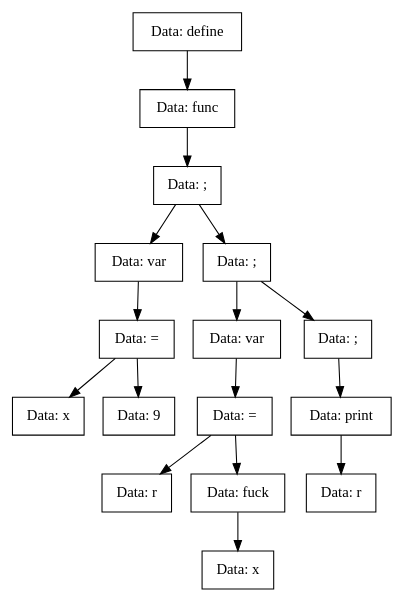
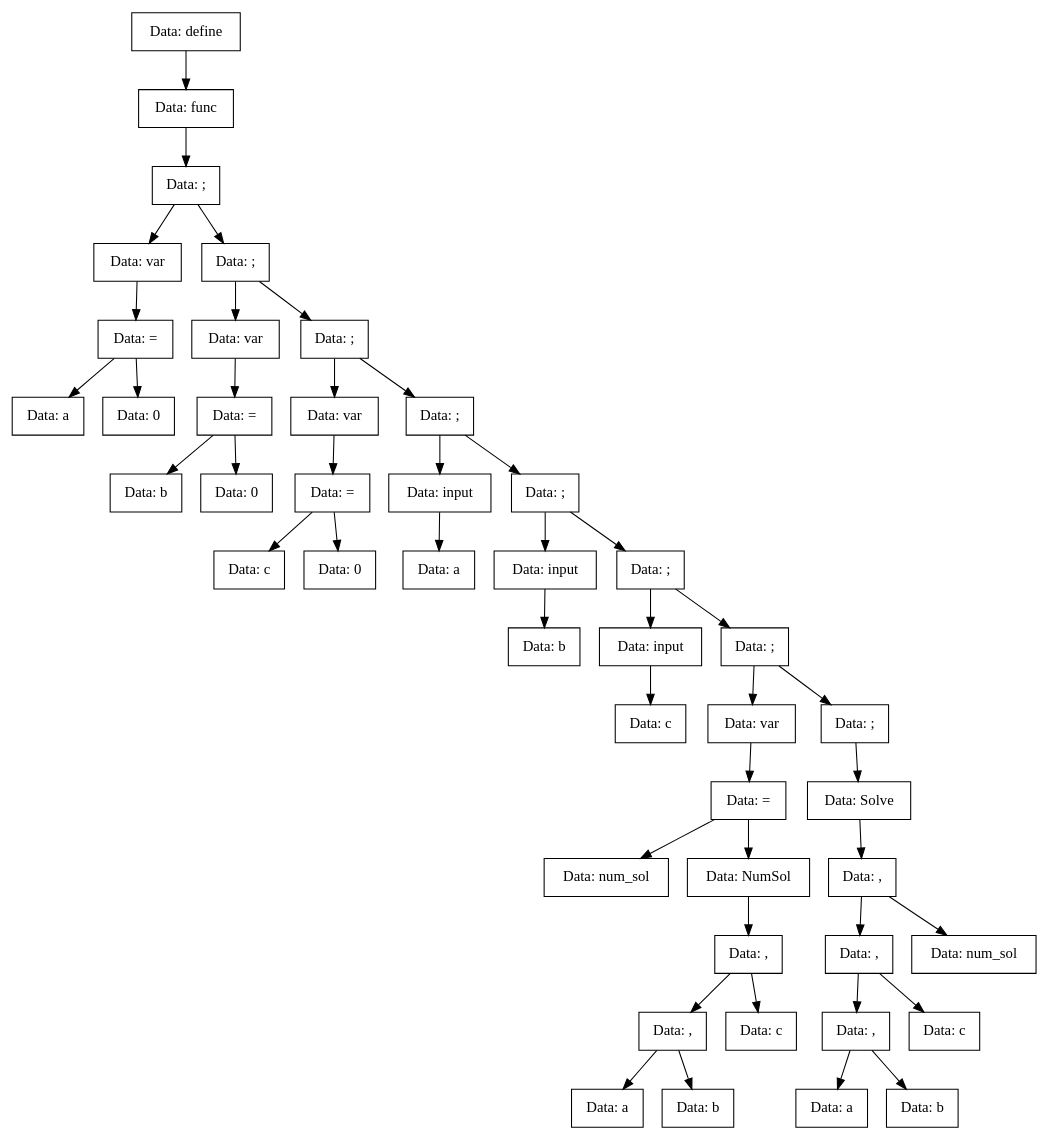
The diagram in TreeDump/func.dot (vorontsov-amd/Compiller), drawn with Graphviz before and after one commit. The commit also changed 45 other files, not shown here.

```diff
--- a/TreeDump/func.dot
+++ b/TreeDump/func.dot
@@ -1,33 +1,91 @@
 digraph func{
-Node0x4dca090[shape="record", label="Data: define"];
-Node0x4dca150[shape="record", label="Data: func"];
-Node0x4dca210[shape="record", label="Data: ;"];
-Node0x4dca2d0[shape="record", label="Data: var"];
-Node0x4dca390[shape="record", label="Data: ="];
-Node0x4dca450[shape="record", label="Data: x"];
-Node0x4dca390->Node0x4dca450;
-Node0x4dca510[shape="record", label="Data: 9"];
-Node0x4dca390->Node0x4dca510;
-Node0x4dca2d0->Node0x4dca390;
-Node0x4dca210->Node0x4dca2d0;
-Node0x4dca5d0[shape="record", label="Data: ;"];
-Node0x4dca690[shape="record", label="Data: var"];
-Node0x4dca750[shape="record", label="Data: ="];
-Node0x4dca810[shape="record", label="Data: r"];
-Node0x4dca750->Node0x4dca810;
-Node0x4dca8d0[shape="record", label="Data: fuck"];
-Node0x4dca990[shape="record", label="Data: x"];
-Node0x4dca8d0->Node0x4dca990;
-Node0x4dca750->Node0x4dca8d0;
-Node0x4dca690->Node0x4dca750;
-Node0x4dca5d0->Node0x4dca690;
-Node0x4dcaa50[shape="record", label="Data: ;"];
-Node0x4dcab10[shape="record", label="Data: print"];
-Node0x4dcabd0[shape="record", label="Data: r"];
-Node0x4dcab10->Node0x4dcabd0;
-Node0x4dcaa50->Node0x4dcab10;
-Node0x4dca5d0->Node0x4dcaa50;
-Node0x4dca210->Node0x4dca5d0;
-Node0x4dca150->Node0x4dca210;
-Node0x4dca090->Node0x4dca150;
+Node0x56543b710e00[shape="record", label="Data: define"];
+Node0x56543b710ea0[shape="record", label="Data: func"];
+Node0x56543b710e50[shape="record", label="Data: ;"];
+Node0x56543b710c20[shape="record", label="Data: var"];
+Node0x56543b710c70[shape="record", label="Data: ="];
+Node0x56543b710d10[shape="record", label="Data: a"];
+Node0x56543b710c70->Node0x56543b710d10;
+Node0x56543b710cc0[shape="record", label="Data: 0"];
+Node0x56543b710c70->Node0x56543b710cc0;
+Node0x56543b710c20->Node0x56543b710c70;
+Node0x56543b710e50->Node0x56543b710c20;
+Node0x56543b710b30[shape="record", label="Data: ;"];
+Node0x56543b711260[shape="record", label="Data: var"];
+Node0x56543b711170[shape="record", label="Data: ="];
+Node0x56543b711080[shape="record", label="Data: b"];
+Node0x56543b711170->Node0x56543b711080;
+Node0x56543b710ef0[shape="record", label="Data: 0"];
+Node0x56543b711170->Node0x56543b710ef0;
+Node0x56543b711260->Node0x56543b711170;
+Node0x56543b710b30->Node0x56543b711260;
+Node0x56543b710d60[shape="record", label="Data: ;"];
+Node0x56543b710bd0[shape="record", label="Data: var"];
+Node0x56543b710b80[shape="record", label="Data: ="];
+Node0x56543b711350[shape="record", label="Data: c"];
+Node0x56543b710b80->Node0x56543b711350;
+Node0x56543b7117b0[shape="record", label="Data: 0"];
+Node0x56543b710b80->Node0x56543b7117b0;
+Node0x56543b710bd0->Node0x56543b710b80;
+Node0x56543b710d60->Node0x56543b710bd0;
+Node0x56543b7118a0[shape="record", label="Data: ;"];
+Node0x56543b711760[shape="record", label="Data: input"];
+Node0x56543b7118f0[shape="record", label="Data: a"];
+Node0x56543b711760->Node0x56543b7118f0;
+Node0x56543b7118a0->Node0x56543b711760;
+Node0x56543b711710[shape="record", label="Data: ;"];
+Node0x56543b7116c0[shape="record", label="Data: input"];
+Node0x56543b711670[shape="record", label="Data: b"];
+Node0x56543b7116c0->Node0x56543b711670;
+Node0x56543b711710->Node0x56543b7116c0;
+Node0x56543b711850[shape="record", label="Data: ;"];
+Node0x56543b711530[shape="record", label="Data: input"];
+Node0x56543b711620[shape="record", label="Data: c"];
+Node0x56543b711530->Node0x56543b711620;
+Node0x56543b711850->Node0x56543b711530;
+Node0x56543b7114e0[shape="record", label="Data: ;"];
+Node0x56543b711490[shape="record", label="Data: var"];
+Node0x56543b7113f0[shape="record", label="Data: ="];
+Node0x56543b7113a0[shape="record", label="Data: num_sol"];
+Node0x56543b7113f0->Node0x56543b7113a0;
+Node0x56543b711800[shape="record", label="Data: NumSol"];
+Node0x56543b7115d0[shape="record", label="Data: ,"];
+Node0x56543b7110d0[shape="record", label="Data: ,"];
+Node0x56543b711210[shape="record", label="Data: a"];
+Node0x56543b7110d0->Node0x56543b711210;
+Node0x56543b7111c0[shape="record", label="Data: b"];
+Node0x56543b7110d0->Node0x56543b7111c0;
+Node0x56543b7115d0->Node0x56543b7110d0;
+Node0x56543b711300[shape="record", label="Data: c"];
+Node0x56543b7115d0->Node0x56543b711300;
+Node0x56543b711800->Node0x56543b7115d0;
+Node0x56543b7113f0->Node0x56543b711800;
+Node0x56543b711490->Node0x56543b7113f0;
+Node0x56543b7114e0->Node0x56543b711490;
+Node0x56543b7112b0[shape="record", label="Data: ;"];
+Node0x56543b711440[shape="record", label="Data: Solve"];
+Node0x56543b711580[shape="record", label="Data: ,"];
+Node0x56543b711120[shape="record", label="Data: ,"];
+Node0x56543b710db0[shape="record", label="Data: ,"];
+Node0x56543b710fe0[shape="record", label="Data: a"];
+Node0x56543b710db0->Node0x56543b710fe0;
+Node0x56543b711030[shape="record", label="Data: b"];
+Node0x56543b710db0->Node0x56543b711030;
+Node0x56543b711120->Node0x56543b710db0;
+Node0x56543b710f90[shape="record", label="Data: c"];
+Node0x56543b711120->Node0x56543b710f90;
+Node0x56543b711580->Node0x56543b711120;
+Node0x56543b710f40[shape="record", label="Data: num_sol"];
+Node0x56543b711580->Node0x56543b710f40;
+Node0x56543b711440->Node0x56543b711580;
+Node0x56543b7112b0->Node0x56543b711440;
+Node0x56543b7114e0->Node0x56543b7112b0;
+Node0x56543b711850->Node0x56543b7114e0;
+Node0x56543b711710->Node0x56543b711850;
+Node0x56543b7118a0->Node0x56543b711710;
+Node0x56543b710d60->Node0x56543b7118a0;
+Node0x56543b710b30->Node0x56543b710d60;
+Node0x56543b710e50->Node0x56543b710b30;
+Node0x56543b710ea0->Node0x56543b710e50;
+Node0x56543b710e00->Node0x56543b710ea0;
 }
```
